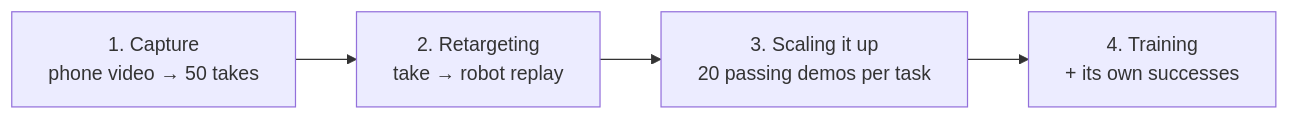
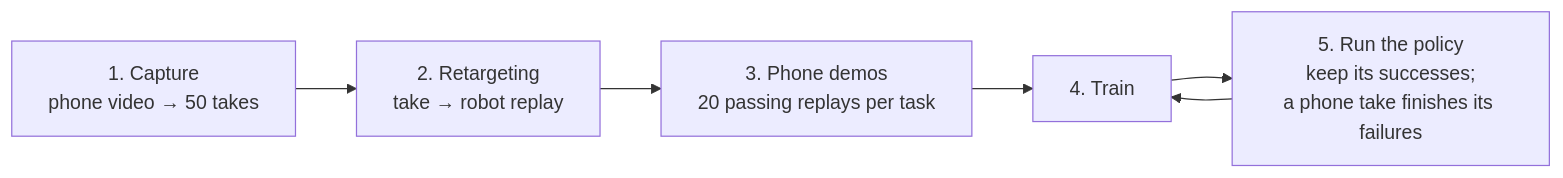
The diagram in README.md (kishan-grewal/phone2libero), drawn with Mermaid before and after one commit. The commit also changed other lines of this file and 9 other files, not shown here.

First line of the commit message:
Round 2: phone-take recoveries from the policy's failures; 96.1%

````diff
--- a/README.md
+++ b/README.md
@@ -42,4 +45,5 @@
 ```mermaid
 flowchart LR
-    A["1. Capture<br/>phone video → 50 takes"] --> B["2. Retargeting<br/>take → robot replay"] --> C["3. Scaling it up<br/>20 passing demos per task"] --> D["4. Training<br/>+ its own successes"]
+    A["1. Capture<br/>phone video → 50 takes"] --> B["2. Retargeting<br/>take → robot replay"] --> C["3. Phone demos<br/>20 passing replays per task"] --> D["4. Train"]
+    D --> E["5. Run the policy<br/>keep its successes;<br/>a phone take finishes its failures"] --> D
 ```
````
